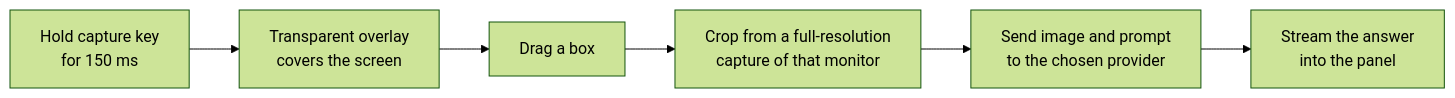
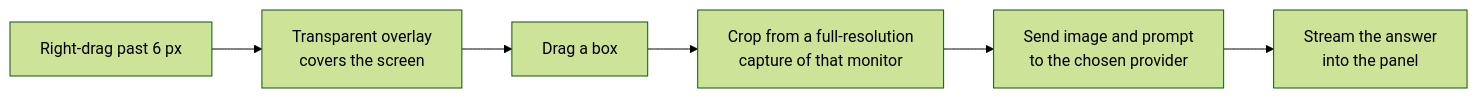
One commit to NarihitoM/AutoDesk changed the diagram in README.md. Above: the diagram before and after it, drawn with Mermaid (forest theme). The commit also changed other lines of this file and 25 other files, not shown here.

First line of the commit message:
feat: capture with right-click drag

````diff
--- a/README.md
+++ b/README.md
@@ -177,8 +178,8 @@
 ```mermaid
 flowchart LR
-    A[Hold capture key<br/>for 150 ms] --> B[Transparent overlay<br/>covers the screen]
+    A[Right-drag past 6 px] --> B[Transparent overlay<br/>covers the screen]
     B --> C[Drag a box]
     C --> D[Crop from a full-resolution<br/>capture of that monitor]
     D --> E[Send image and prompt<br/>to the chosen provider]
     E --> F[Stream the answer<br/>into the panel]
 ```
````
